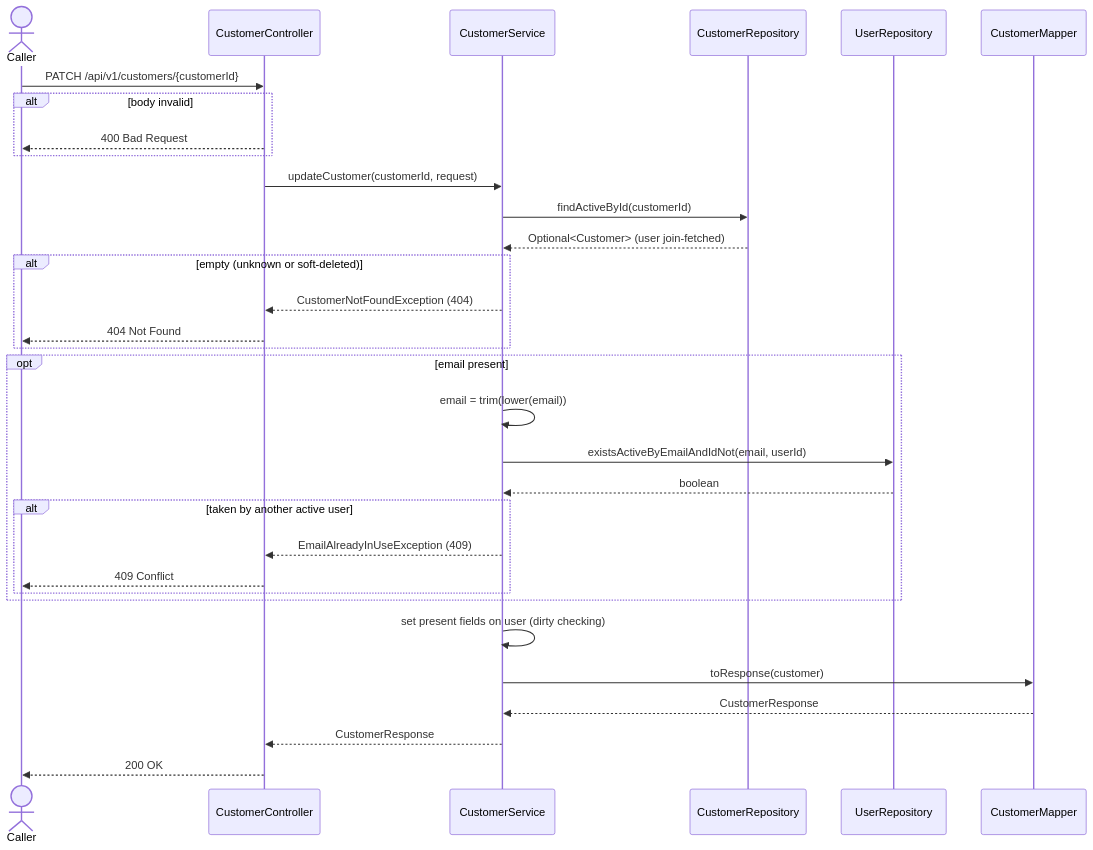
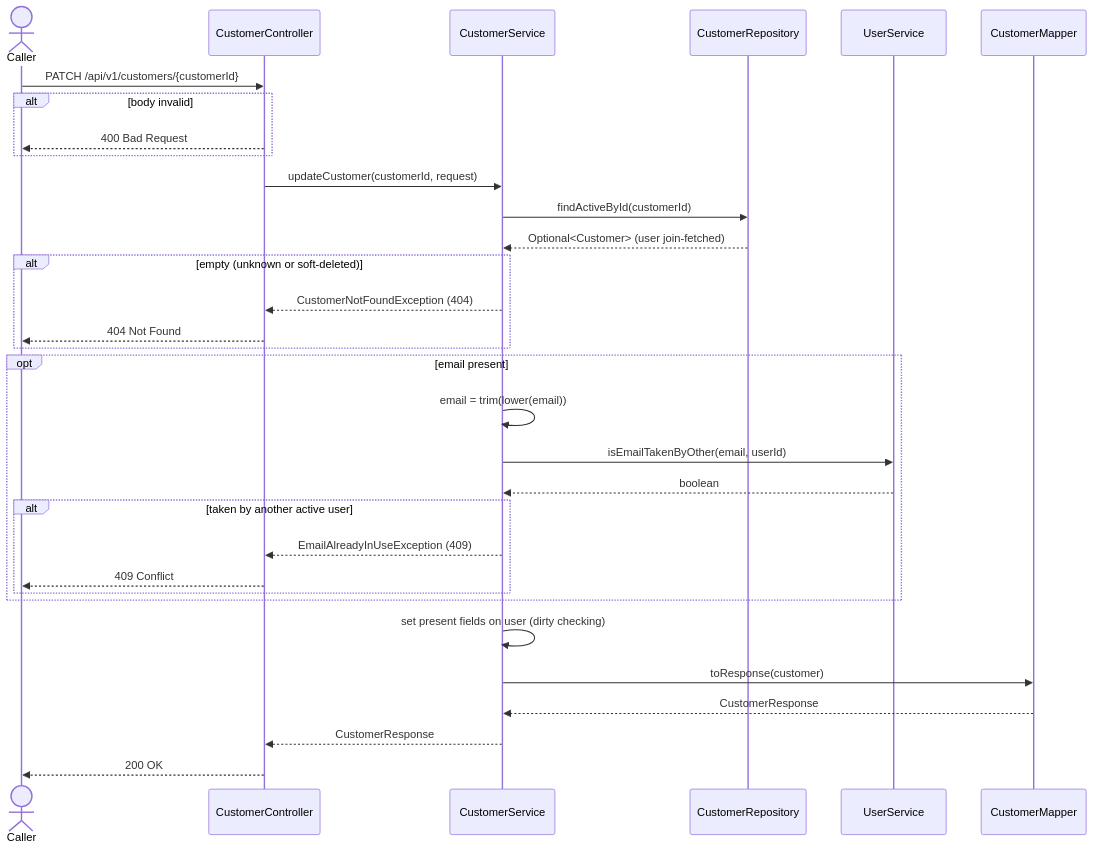
The first of 2 diagrams in restaurant/.docs/use-cases/customer-management/update-customer/update-customer.md (msmohammed0077-cmd/mentorship-restaurant), drawn with Mermaid before and after one commit. The commit also changed other lines of this file and 10 other files, not shown here.

````diff
--- a/restaurant/.docs/use-cases/customer-management/update-customer/update-customer.md
+++ b/restaurant/.docs/use-cases/customer-management/update-customer/update-customer.md
@@ -184,35 +184,35 @@
 ```mermaid
 sequenceDiagram
     actor Caller
     participant C as CustomerController
     participant H as CustomerService
     participant CR as CustomerRepository
-    participant UR as UserRepository
+    participant US as UserService
     participant M as CustomerMapper
 
     Caller->>C: PATCH /api/v1/customers/{customerId}
     alt body invalid
         C-->>Caller: 400 Bad Request
     end
     C->>H: updateCustomer(customerId, request)
     H->>CR: findActiveById(customerId)
     CR-->>H: Optional<Customer> (user join-fetched)
     alt empty (unknown or soft-deleted)
         H-->>C: CustomerNotFoundException (404)
         C-->>Caller: 404 Not Found
     end
     opt email present
         H->>H: email = trim(lower(email))
-        H->>UR: existsActiveByEmailAndIdNot(email, userId)
-        UR-->>H: boolean
+        H->>US: isEmailTakenByOther(email, userId)
+        US-->>H: boolean
         alt taken by another active user
             H-->>C: EmailAlreadyInUseException (409)
             C-->>Caller: 409 Conflict
         end
     end
     H->>H: set present fields on user (dirty checking)
     H->>M: toResponse(customer)
     M-->>H: CustomerResponse
     H-->>C: CustomerResponse
     C-->>Caller: 200 OK
 ```
````
